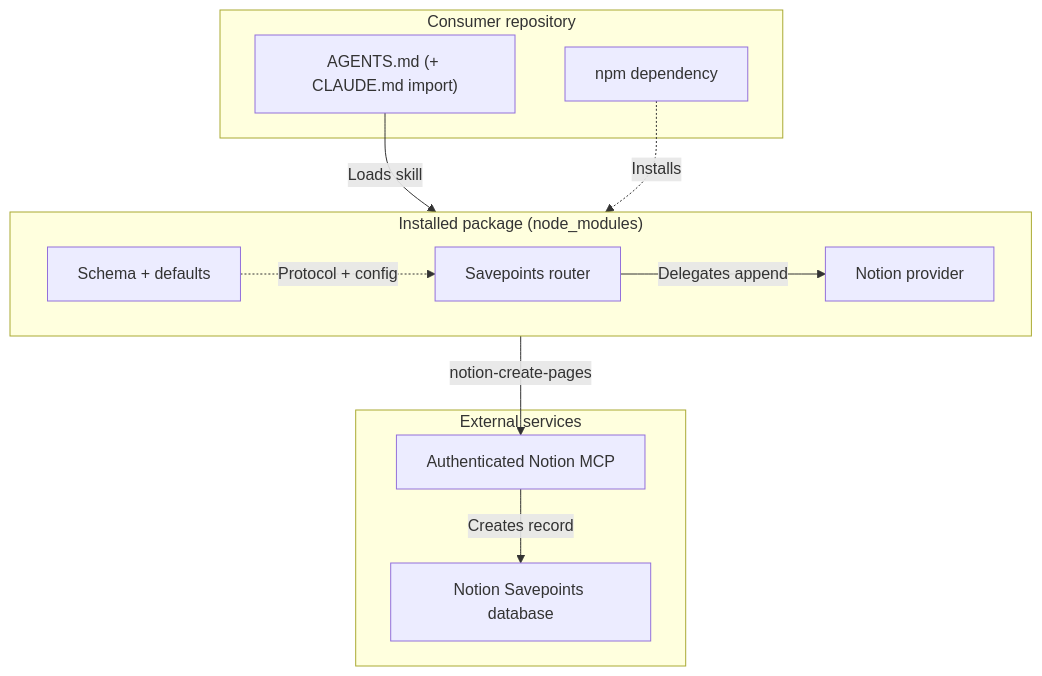
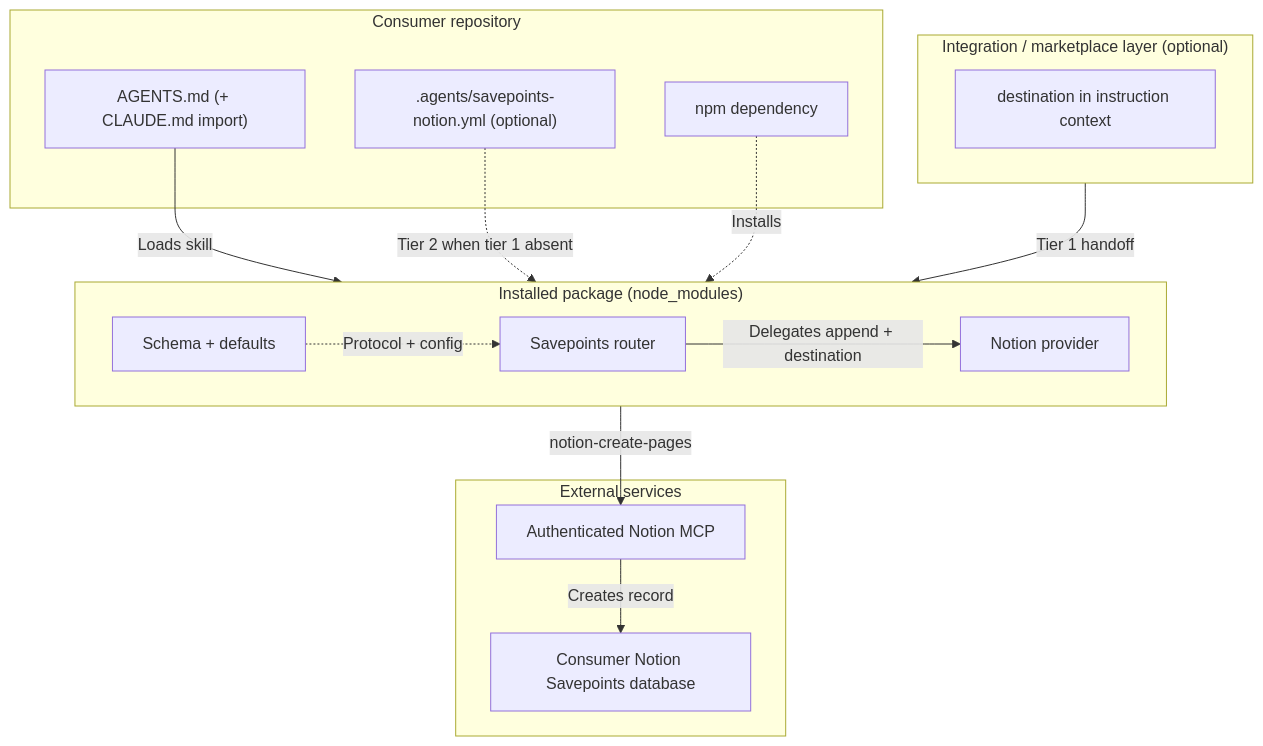
One commit to multipliers-dev/savepoints-lite changed the diagram in docs/architecture.md. Above: the diagram before and after it, drawn with Mermaid. The commit also changed other lines of this file and 14 other files, not shown here.

````diff
--- a/docs/architecture.md
+++ b/docs/architecture.md
@@ -7,27 +7,33 @@
 ```mermaid
 flowchart TB
     subgraph Consumer["Consumer repository"]
         Activation["AGENTS.md (+ CLAUDE.md import)"]
         Package["npm dependency"]
+        AgentsYml[".agents/savepoints-notion.yml (optional)"]
+    end
+
+    subgraph Integration["Integration / marketplace layer (optional)"]
+        Tier1["destination in instruction context"]
     end
 
     subgraph Installed["Installed package (node_modules)"]
         direction LR
         Schema["Schema + defaults"]
         Router["Savepoints router"]
         Provider["Notion provider"]
     end
 
     subgraph External["External services"]
         MCP["Authenticated Notion MCP"]
-        Database["Notion Savepoints database"]
+        Database["Consumer Notion Savepoints database"]
     end
 
     Package -.->|"Installs"| Installed
-
+    Integration -->|"Tier 1 handoff"| Router
     Activation -->|"Loads skill"| Router
+    AgentsYml -.->|"Tier 2 when tier 1 absent"| Provider
     Schema -.->|"Protocol + config"| Router
-    Router -->|"Delegates append"| Provider
+    Router -->|"Delegates append + destination"| Provider
     Provider -->|"notion-create-pages"| MCP
     MCP -->|"Creates record"| Database
 ```
````
